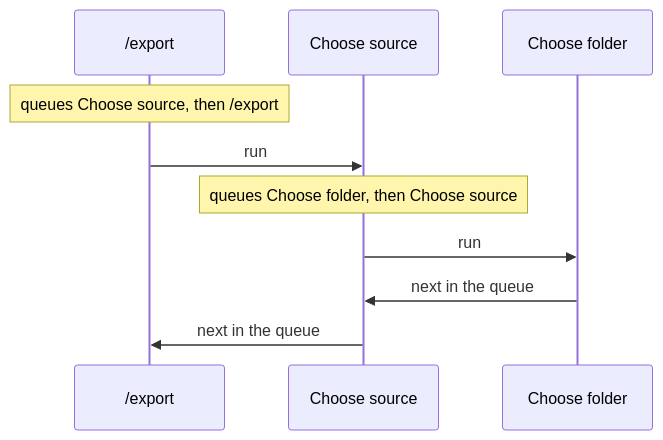
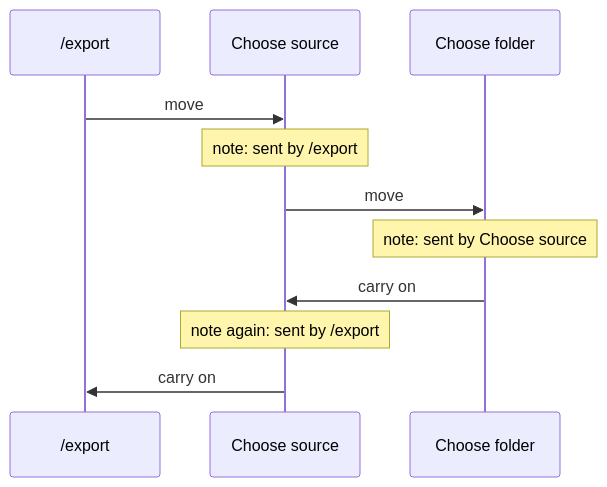
Before and after one commit to KitCli/KitCli: the second of 3 diagrams in docs/investigations/what-would-it-take-to-carry-on-after-nested-questions.md, drawn with Mermaid. The commit also changed other lines of this file and 1 other file, not shown here.

````diff
--- a/docs/investigations/what-would-it-take-to-carry-on-after-nested-questions.md
+++ b/docs/investigations/what-would-it-take-to-carry-on-after-nested-questions.md
@@ -47,12 +51,13 @@
 ```mermaid
 sequenceDiagram
     participant E as /export
     participant S as Choose source
     participant F as Choose folder
-    Note over E: queues Choose source, then /export
-    E->>S: run
-    Note over S: queues Choose folder, then Choose source
-    S->>F: run
-    F->>S: next in the queue
-    S->>E: next in the queue
+    E->>S: move
+    Note over S: note: sent by /export
+    S->>F: move
+    Note over F: note: sent by Choose source
+    F->>S: carry on
+    Note over S: note again: sent by /export
+    S->>E: carry on
 ```
````
